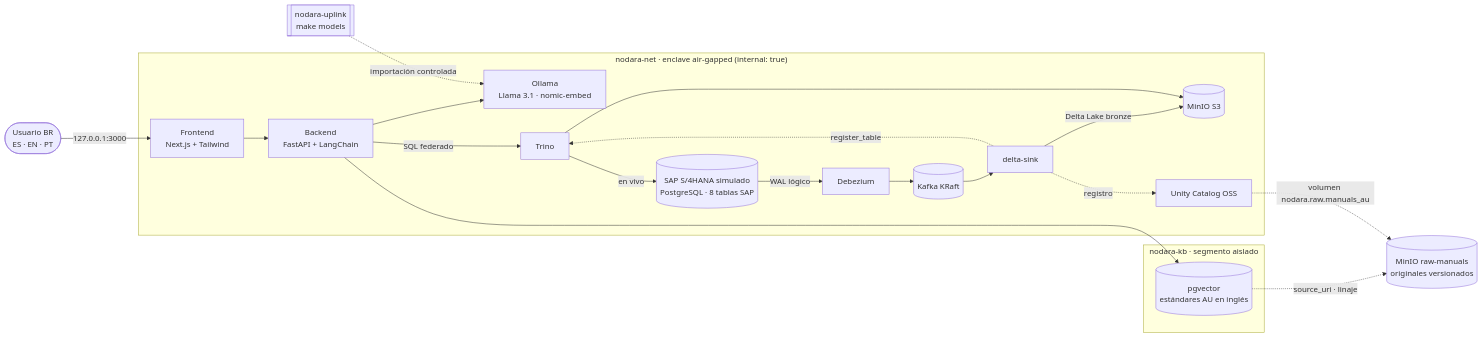
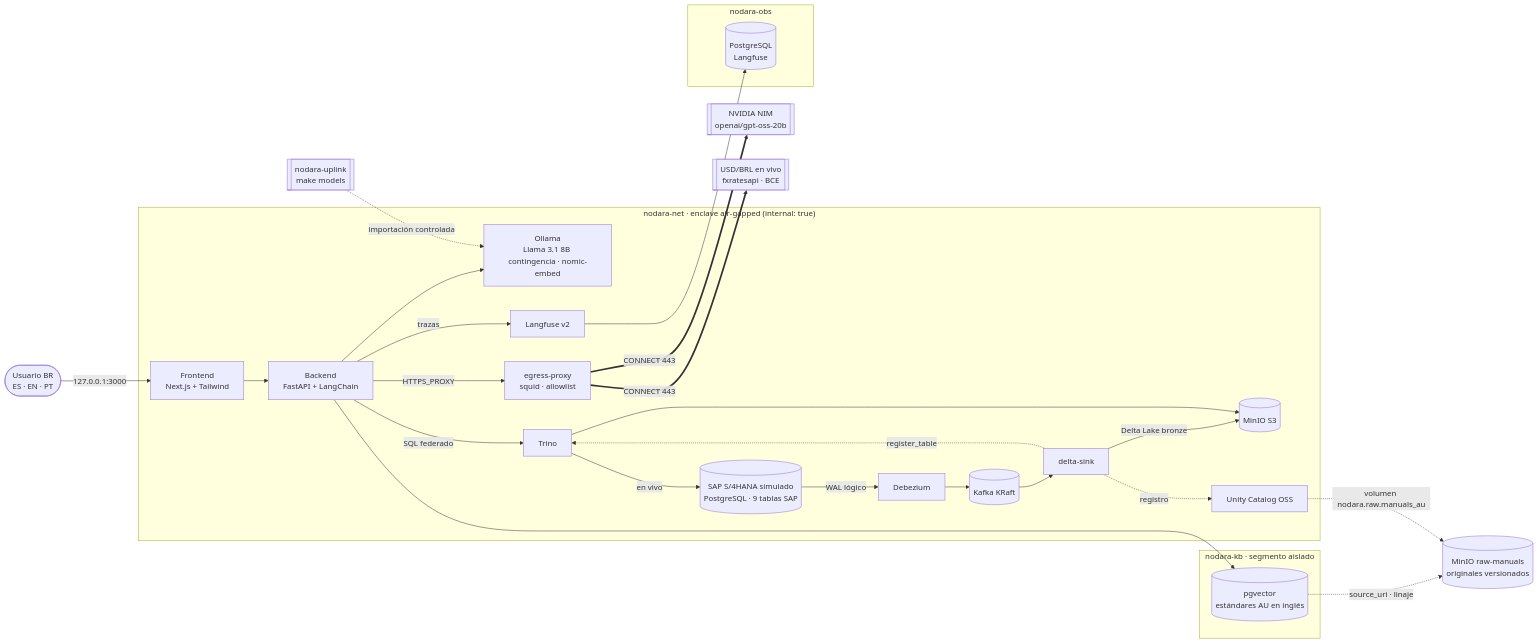
The diagram in README.md (LTVitoto/nodara-br-rag), drawn with Mermaid before and after one commit. The commit also changed other lines of this file and 34 other files, not shown here.

First line of the commit message:
feat: finalize NVIDIA NIM Llama-70B integration, UI i18n metadata, and idempotency tests

````diff
--- a/README.md
+++ b/README.md
@@ -36,26 +44,34 @@
 ```mermaid
 flowchart LR
   OP([Usuario BR<br/>ES · EN · PT]) -->|127.0.0.1:3000| FE
 
   subgraph ENCLAVE["nodara-net · enclave air-gapped (internal: true)"]
     FE[Frontend<br/>Next.js + Tailwind] --> BE[Backend<br/>FastAPI + LangChain]
-    BE --> OL[Ollama<br/>Llama 3.1 · nomic-embed]
+    BE --> OL["Ollama<br/>Llama 3.1 8B contingencia · nomic-embed"]
     BE -->|SQL federado| TR[Trino]
-    S4[(SAP S/4HANA simulado<br/>PostgreSQL · 8 tablas SAP)] -->|WAL lógico| DBZ[Debezium]
+    BE -->|trazas| LF[Langfuse v2]
+    BE -->|HTTPS_PROXY| EP[egress-proxy<br/>squid · allowlist]
+    S4[(SAP S/4HANA simulado<br/>PostgreSQL · 9 tablas SAP)] -->|WAL lógico| DBZ[Debezium]
     DBZ --> KF[(Kafka KRaft)] --> DS[delta-sink]
     DS -->|Delta Lake bronze| MN[(MinIO S3)]
     DS -.->|registro| UC[Unity Catalog OSS]
     DS -.->|register_table| TR
     TR --> MN
     TR -->|en vivo| S4
   end
 
   subgraph KB["nodara-kb · segmento aislado"]
     VDB[(pgvector<br/>estándares AU en inglés)]
   end
+  subgraph OBS["nodara-obs"]
+    LFDB[(PostgreSQL<br/>Langfuse)]
+  end
+  LF --> LFDB
   BE --> VDB
+  EP ==>|CONNECT 443| NIM[[NVIDIA NIM<br/>openai/gpt-oss-20b]]
+  EP ==>|CONNECT 443| FX[[USD/BRL en vivo<br/>fxratesapi · BCE]]
   RAW[(MinIO raw-manuals<br/>originales versionados)]
   VDB -.->|source_uri · linaje| RAW
   UC -.->|volumen nodara.raw.manuals_au| RAW
   UP[[nodara-uplink<br/>make models]] -.->|importación controlada| OL
 ```
````
